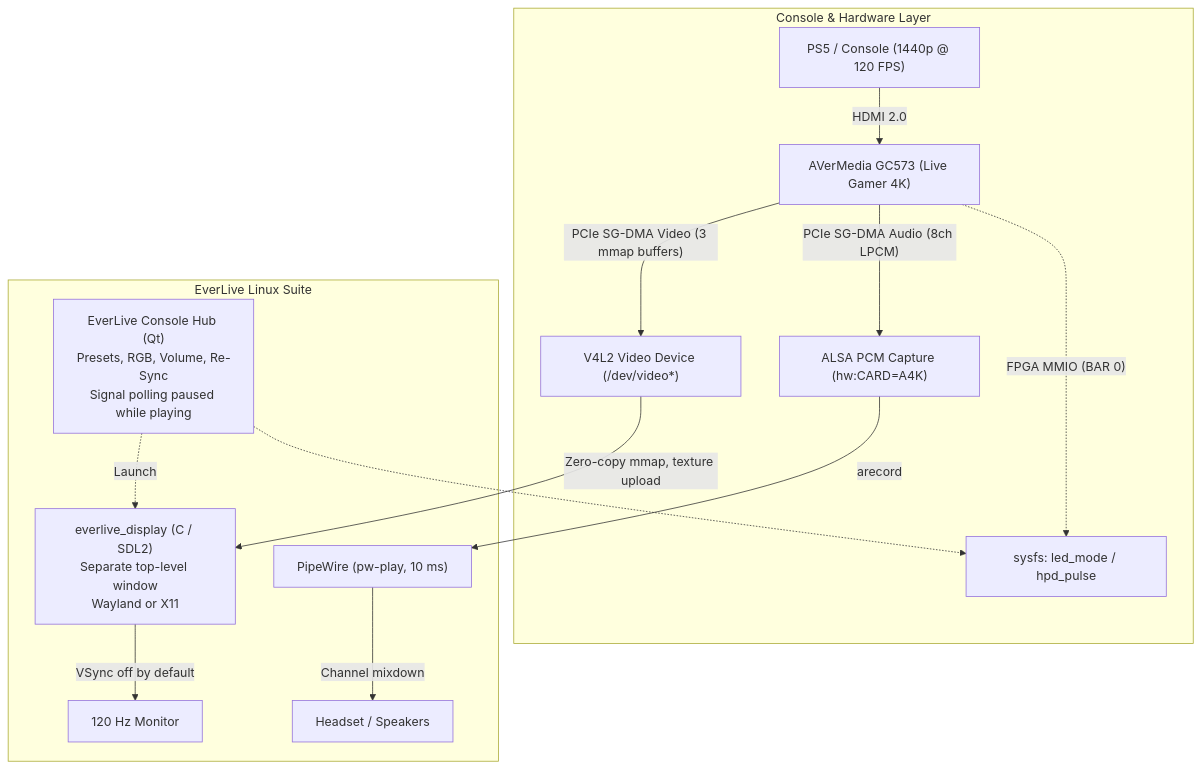
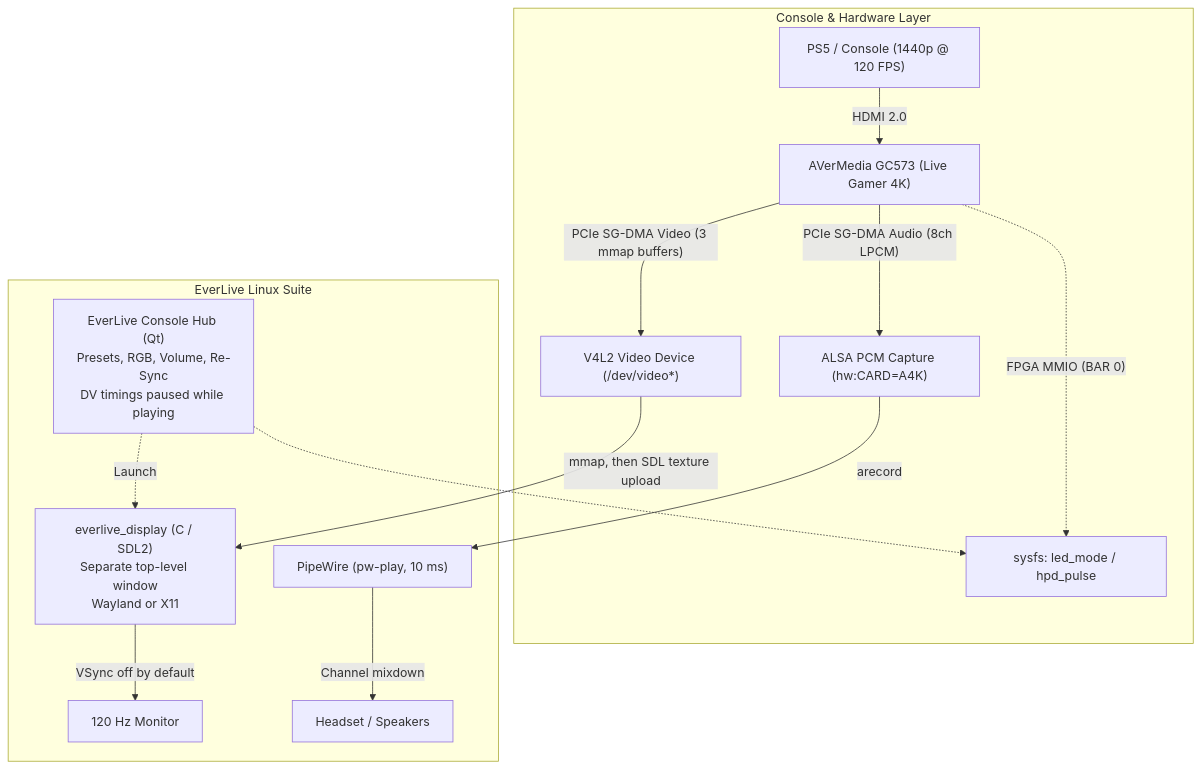
The diagram in README.md (Everlite/Avermedia-GC573-Linux), drawn with Mermaid before and after one commit. The commit also changed other lines of this file and 8 other files, not shown here.

````diff
--- a/README.md
+++ b/README.md
@@ -117,21 +117,21 @@
 ```mermaid
 flowchart TD
   subgraph Hardware["Console & Hardware Layer"]
     ps5["PS5 / Console (1440p @ 120 FPS)"] -->|HDMI 2.0| gc573["AVerMedia GC573 (Live Gamer 4K)"]
     gc573 -->|"PCIe SG-DMA Video (3 mmap buffers)"| v4l2["V4L2 Video Device (/dev/video*)"]
     gc573 -->|"PCIe SG-DMA Audio (8ch LPCM)"| alsa["ALSA PCM Capture (hw:CARD=A4K)"]
     gc573 -.->|"FPGA MMIO (BAR 0)"| sysfs["sysfs: led_mode / hpd_pulse"]
   end
 
   subgraph EverLive["EverLive Linux Suite"]
-    hub["EverLive Console Hub (Qt)<br/>Presets, RGB, Volume, Re-Sync<br/>Signal polling paused while playing"]
+    hub["EverLive Console Hub (Qt)<br/>Presets, RGB, Volume, Re-Sync<br/>DV timings paused while playing"]
     hub -.->|Launch| game["everlive_display (C / SDL2)<br/>Separate top-level window<br/>Wayland or X11"]
     hub -.-> sysfs
 
-    v4l2 -->|"Zero-copy mmap, texture upload"| game
+    v4l2 -->|"mmap, then SDL texture upload"| game
     game -->|"VSync off by default"| screen["120 Hz Monitor"]
 
     alsa -->|arecord| pw["PipeWire (pw-play, 10 ms)"]
     pw -->|Channel mixdown| speakers["Headset / Speakers"]
   end
 ```
````
